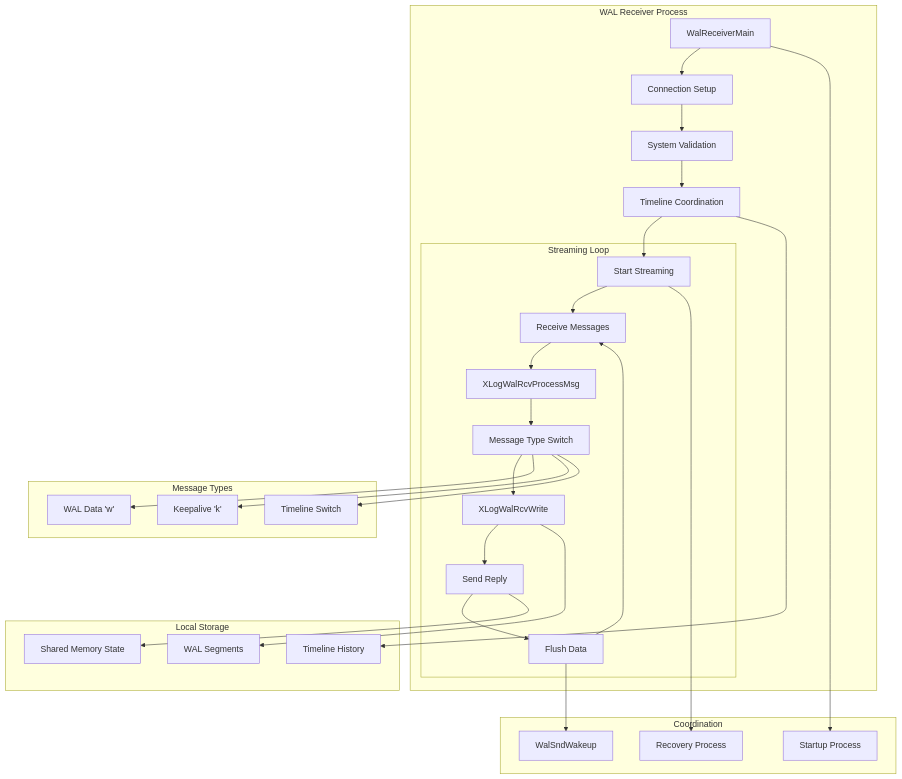
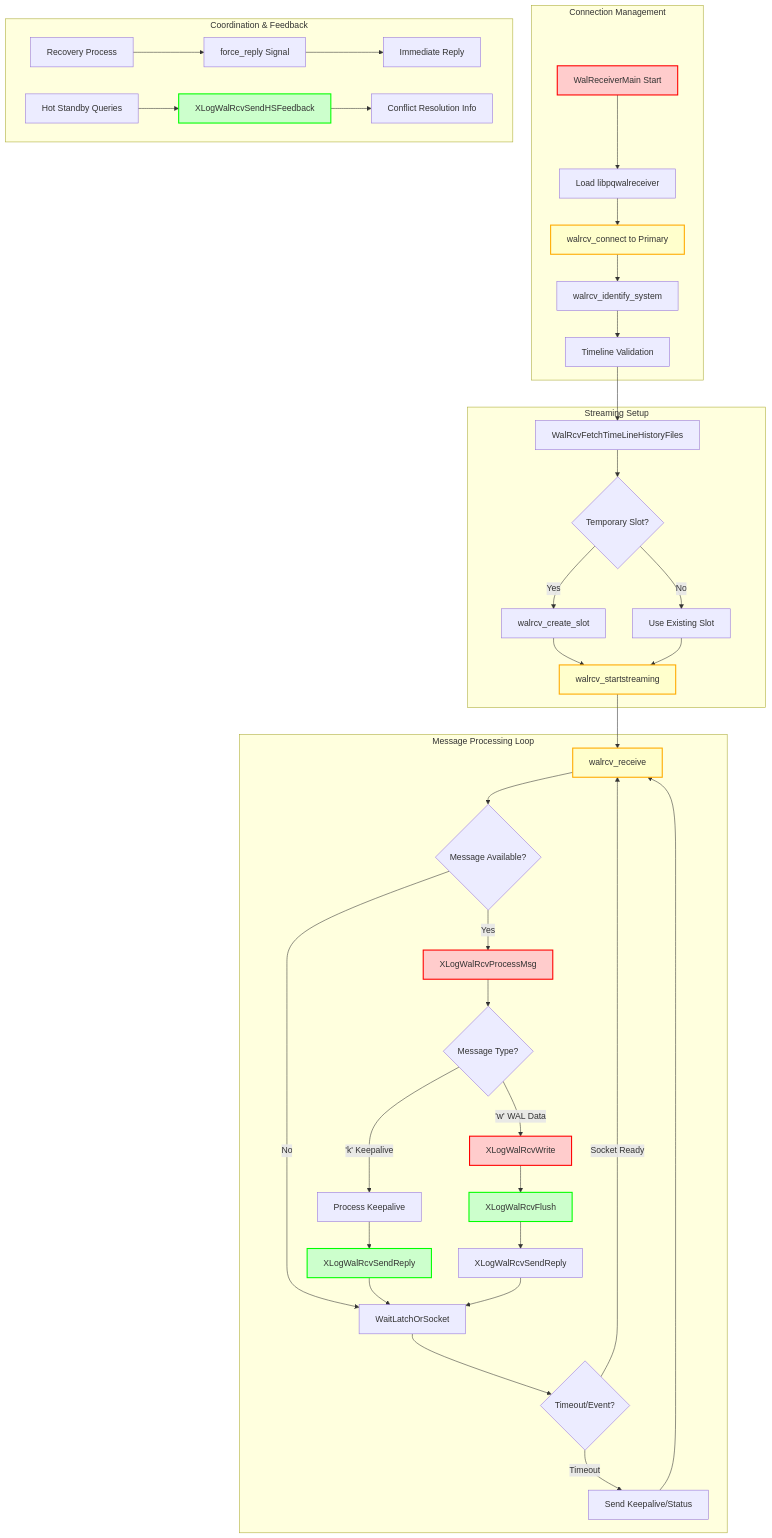
One commit to ryogrid/create_pg_super_document changed the first of 2 diagrams in topic_specific_generated_docs/about_wal/component_replication_receiver.md. Above: the diagram before and after it, drawn with Mermaid. The commit also changed other lines of this file and 34 other files, not shown here.

````diff
--- a/topic_specific_generated_docs/about_wal/component_replication_receiver.md
+++ b/topic_specific_generated_docs/about_wal/component_replication_receiver.md
@@ -17,49 +18,52 @@
 ```mermaid
 graph TB
-    subgraph "WAL Receiver Process"
-        A[WalReceiverMain] --> B[Connection Setup]
-        B --> C[System Validation]
-        C --> D[Timeline Coordination]
-        D --> E[Start Streaming]
-
-        subgraph "Streaming Loop"
-            E --> F[Receive Messages]
-            F --> G[XLogWalRcvProcessMsg]
-            G --> H[Message Type Switch]
-            H --> I[XLogWalRcvWrite]
-            I --> J[Send Reply]
-            J --> K[Flush Data]
-            K --> F
-        end
+    subgraph "Connection Management"
+        A[WalReceiverMain Start] --> B[Load libpqwalreceiver]
+        B --> C[walrcv_connect to Primary]
+        C --> D[walrcv_identify_system]
+        D --> E[Timeline Validation]
     end
 
-    subgraph "Message Types"
-        L[WAL Data 'w']
-        M[Keepalive 'k']
-        N[Timeline Switch]
+    subgraph "Streaming Setup"
+        E --> F[WalRcvFetchTimeLineHistoryFiles]
+        F --> G{Temporary Slot?}
+        G -->|Yes| H[walrcv_create_slot]
+        G -->|No| I[Use Existing Slot]
+        H --> J[walrcv_startstreaming]
+        I --> J
     end
 
-    subgraph "Local Storage"
-        O[WAL Segments]
-        P[Timeline History]
-        Q[Shared Memory State]
+    subgraph "Message Processing Loop"
+        J --> K[walrcv_receive]
+        K --> L{Message Available?}
+        L -->|Yes| M[XLogWalRcvProcessMsg]
+        L -->|No| N[WaitLatchOrSocket]
+        M --> O{Message Type?}
+        O -->|'w' WAL Data| P[XLogWalRcvWrite]
+        O -->|'k' Keepalive| Q[Process Keepalive]
+        P --> R[XLogWalRcvFlush]
+        Q --> S[XLogWalRcvSendReply]
+        R --> T[XLogWalRcvSendReply]
+        S --> N
+        T --> N
+        N --> U{Timeout/Event?}
+        U -->|Socket Ready| K
+        U -->|Timeout| V[Send Keepalive/Status]
+        V --> K
     end
 
-    subgraph "Coordination"
-        R[Startup Process]
-        S[Recovery Process]
-        T[WalSndWakeup]
+    subgraph "Coordination & Feedback"
+        W[Recovery Process] --> X[force_reply Signal]
+        X --> Y[Immediate Reply]
+        Z[Hot Standby Queries] --> AA[XLogWalRcvSendHSFeedback]
+        AA --> BB[Conflict Resolution Info]
     end
 
-    H --> L
-    H --> M
-    H --> N
+    classDef critical fill:#ffcccc,stroke:#ff0000,stroke-width:2px
+    classDef network fill:#ffffcc,stroke:#ffaa00,stroke-width:2px
+    classDef processing fill:#ccffcc,stroke:#00ff00,stroke-width:2px
 
-    I --> O
-    D --> P
-    J --> Q
-
-    K --> T
-    A --> R
-    E --> S
+    class A,M,P critical
+    class C,J,K network
+    class R,S,AA processing
 ```
````
